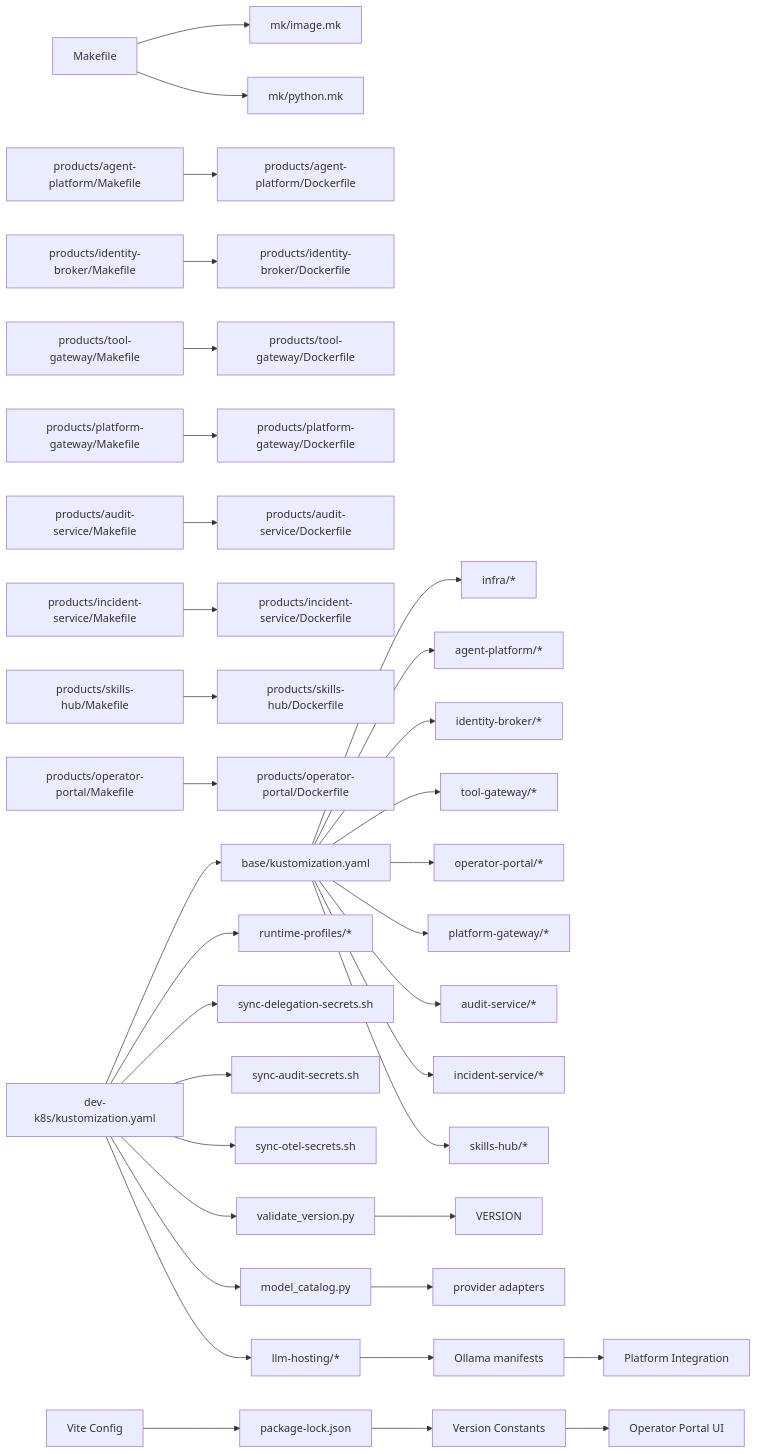
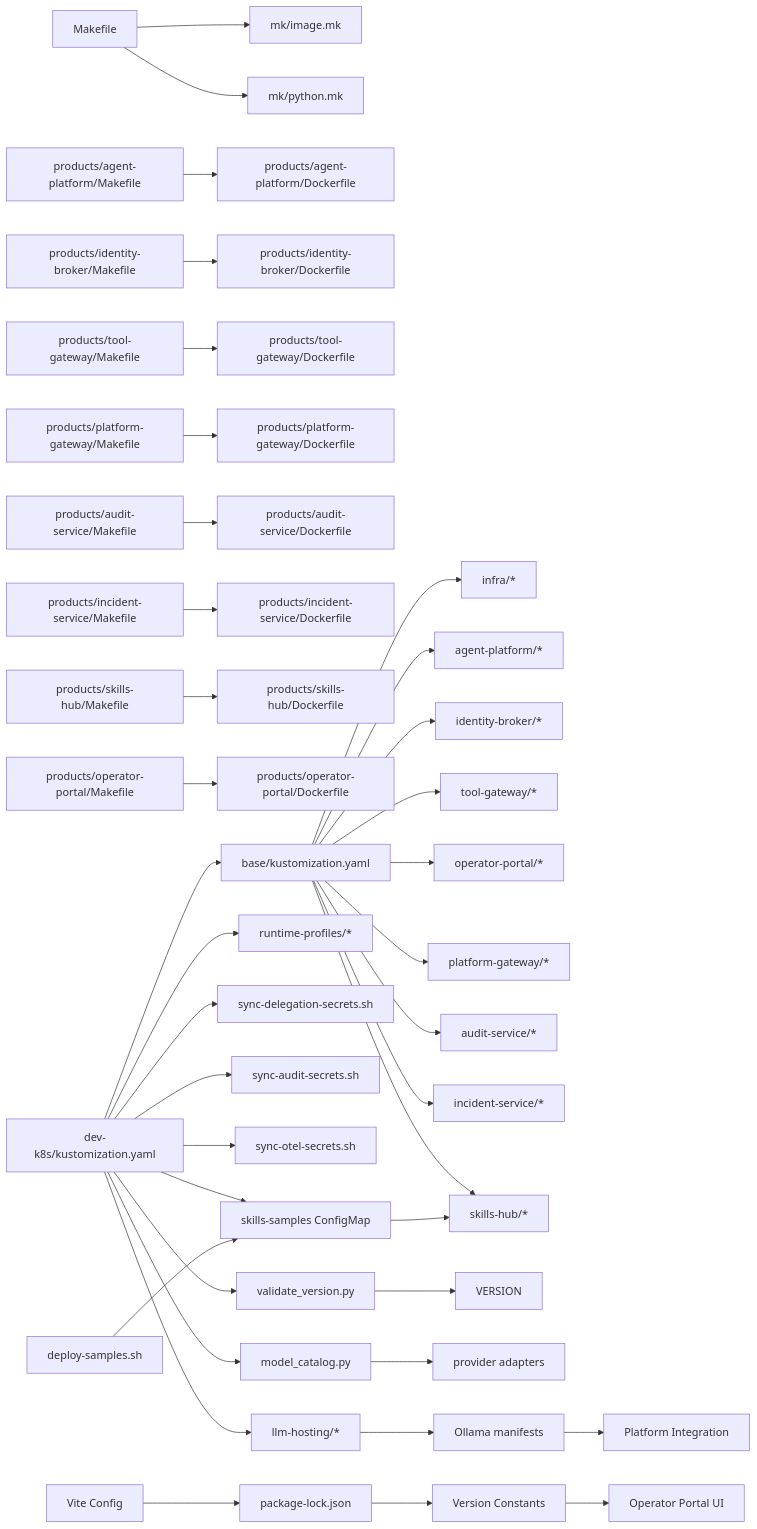
One commit to metasync/luban-aiops changed diagram 12 of 12 in .qoder/repowiki/en/content/Deployment and Operations/Deployment and Operations.md. Above: the diagram before and after it, drawn with Mermaid. The commit also changed other lines of this file and 109 other files, not shown here.

````diff
--- a/.qoder/repowiki/en/content/Deployment and Operations/Deployment and Operations.md
+++ b/.qoder/repowiki/en/content/Deployment and Operations/Deployment and Operations.md
@@ -947,37 +1024,40 @@
 ```mermaid
 graph LR
 MakefileRoot["Makefile"] --> MkImage["mk/image.mk"]
 MakefileRoot --> MkPython["mk/python.mk"]
 APMake["products/agent-platform/Makefile"] --> APDocker["products/agent-platform/Dockerfile"]
 IBMake["products/identity-broker/Makefile"] --> IBDocker["products/identity-broker/Dockerfile"]
 TGMake["products/tool-gateway/Makefile"] --> TGDocker["products/tool-gateway/Dockerfile"]
 PGMake["products/platform-gateway/Makefile"] --> PGDocker["products/platform-gateway/Dockerfile"]
 ASMake["products/audit-service/Makefile"] --> ASDocker["products/audit-service/Dockerfile"]
 ISMake["products/incident-service/Makefile"] --> ISDocker["products/incident-service/Dockerfile"]
 SHMake["products/skills-hub/Makefile"] --> SHDocker["products/skills-hub/Dockerfile"]
 OPMake["products/operator-portal/Makefile"] --> OPDocker["products/operator-portal/Dockerfile"]
 BaseKust["base/kustomization.yaml"] --> Infra["infra/*"]
 BaseKust --> APRes["agent-platform/*"]
 BaseKust --> IBRes["identity-broker/*"]
 BaseKust --> TGRes["tool-gateway/*"]
 BaseKust --> OPRes["operator-portal/*"]
 BaseKust --> PGRes["platform-gateway/*"]
 BaseKust --> ASRes["audit-service/*"]
 BaseKust --> ISRes["incident-service/*"]
 BaseKust --> SHRes["skills-hub/*"]
 OverlayKust["dev-k8s/kustomization.yaml"] --> BaseKust
 OverlayKust --> Profiles["runtime-profiles/*"]
 OverlayKust --> Delegation["sync-delegation-secrets.sh"]
 OverlayKust --> AuditSecrets["sync-audit-secrets.sh"]
 OverlayKust --> OTelSecrets["sync-otel-secrets.sh"]
 OverlayKust --> VersionValidation["validate_version.py"]
 OverlayKust --> ModelCatalog["model_catalog.py"]
 OverlayKust --> LLMHosting["llm-hosting/*"]
+OverlayKust --> SampleMount["skills-samples ConfigMap"]
 VersionValidation --> VERSION["VERSION"]
 ModelCatalog --> Providers["provider adapters"]
 LLMHosting --> OllamaManifests["Ollama manifests"]
 OllamaManifests --> Platform["Platform Integration"]
 ViteConfig["Vite Config"] --> LockFile["package-lock.json"]
 LockFile --> VersionConstants["Version Constants"]
 VersionConstants --> PortalUI["Operator Portal UI"]
+SampleDeploy["deploy-samples.sh"] --> SampleMount
+SampleMount --> SHRes
 ```
````
